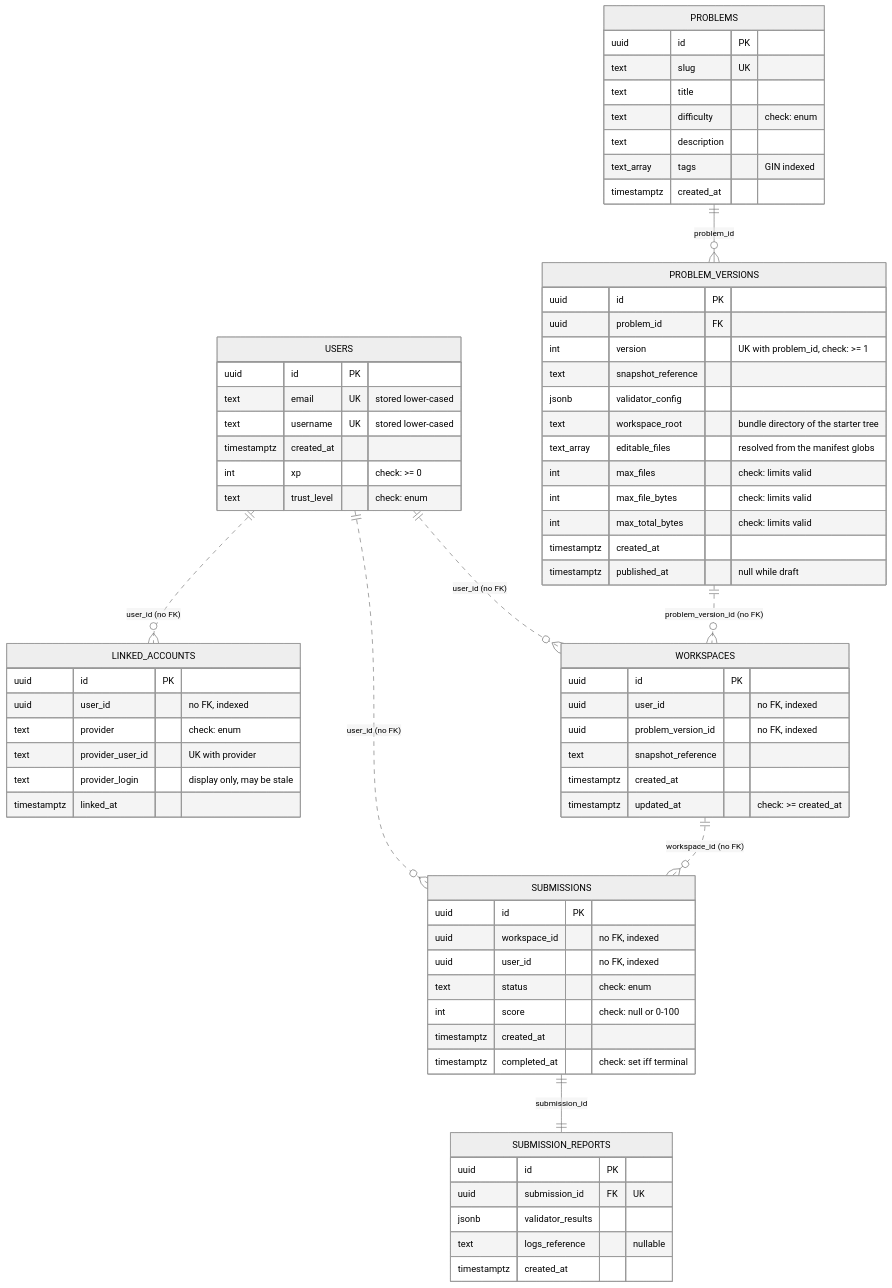
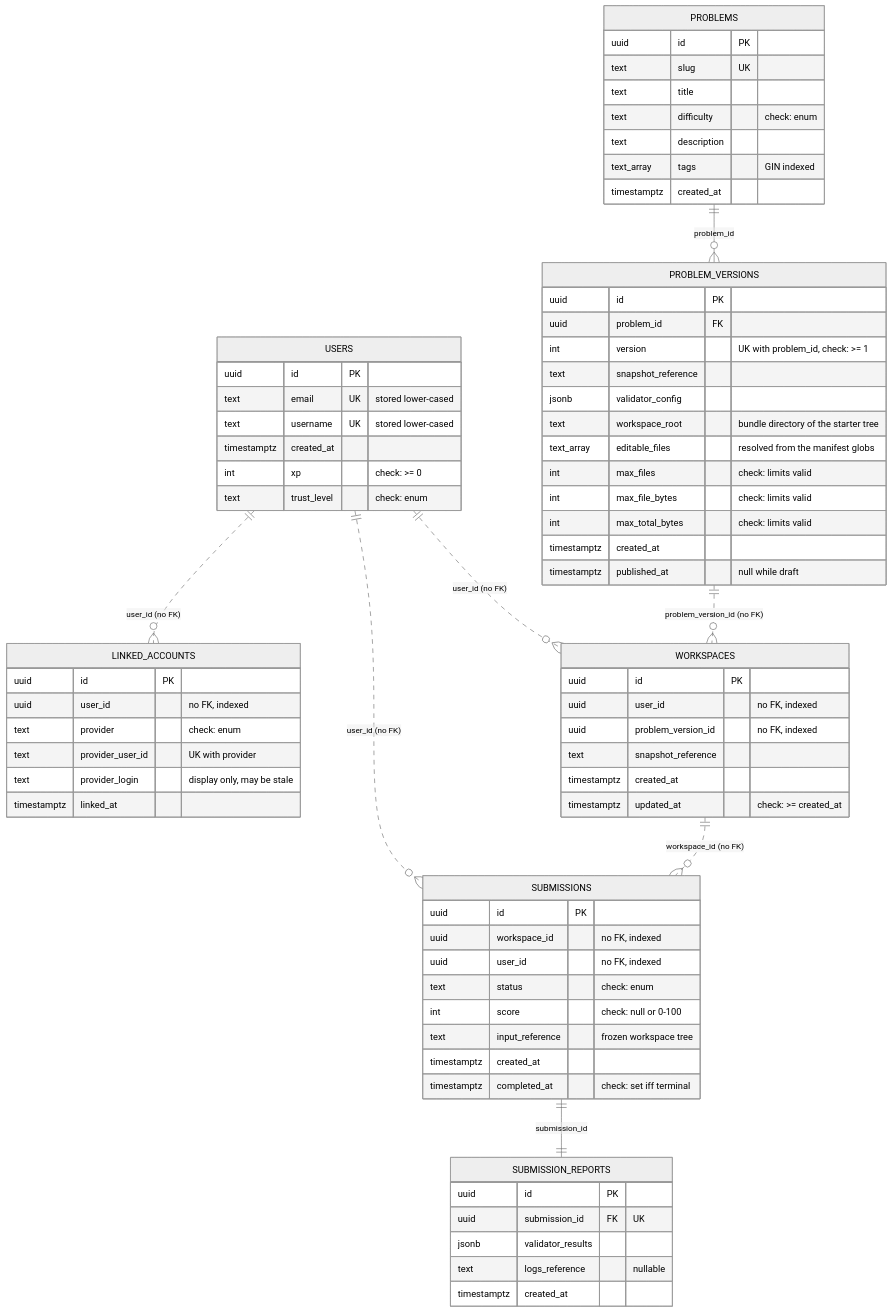
One commit to shoraLBRT/ritocode changed the diagram in docs/DATABASE_SCHEMA.md. Above: the diagram before and after it, drawn with Mermaid (neutral theme). The commit also changed other lines of this file and 40 other files, not shown here.

First line of the commit message:
feat: submit a workspace, freezing its tree, and read the attempt history (#14)

````diff
--- a/docs/DATABASE_SCHEMA.md
+++ b/docs/DATABASE_SCHEMA.md
@@ -24,80 +24,81 @@
 ```mermaid
 erDiagram
     USERS ||..o{ LINKED_ACCOUNTS : "user_id (no FK)"
     USERS ||..o{ WORKSPACES : "user_id (no FK)"
     USERS ||..o{ SUBMISSIONS : "user_id (no FK)"
     PROBLEMS ||--o{ PROBLEM_VERSIONS : "problem_id"
     PROBLEM_VERSIONS ||..o{ WORKSPACES : "problem_version_id (no FK)"
     WORKSPACES ||..o{ SUBMISSIONS : "workspace_id (no FK)"
     SUBMISSIONS ||--|| SUBMISSION_REPORTS : "submission_id"
 
     USERS {
         uuid id PK
         text email UK "stored lower-cased"
         text username UK "stored lower-cased"
         timestamptz created_at
         int xp "check: >= 0"
         text trust_level "check: enum"
     }
 
     LINKED_ACCOUNTS {
         uuid id PK
         uuid user_id "no FK, indexed"
         text provider "check: enum"
         text provider_user_id "UK with provider"
         text provider_login "display only, may be stale"
         timestamptz linked_at
     }
 
     PROBLEMS {
         uuid id PK
         text slug UK
         text title
         text difficulty "check: enum"
         text description
         text_array tags "GIN indexed"
         timestamptz created_at
     }
 
     PROBLEM_VERSIONS {
         uuid id PK
         uuid problem_id FK
         int version "UK with problem_id, check: >= 1"
         text snapshot_reference
         jsonb validator_config
         text workspace_root "bundle directory of the starter tree"
         text_array editable_files "resolved from the manifest globs"
         int max_files "check: limits valid"
         int max_file_bytes "check: limits valid"
         int max_total_bytes "check: limits valid"
         timestamptz created_at
         timestamptz published_at "null while draft"
     }
 
     WORKSPACES {
         uuid id PK
         uuid user_id "no FK, indexed"
         uuid problem_version_id "no FK, indexed"
         text snapshot_reference
         timestamptz created_at
         timestamptz updated_at "check: >= created_at"
     }
 
     SUBMISSIONS {
         uuid id PK
         uuid workspace_id "no FK, indexed"
         uuid user_id "no FK, indexed"
         text status "check: enum"
         int score "check: null or 0-100"
+        text input_reference "frozen workspace tree"
         timestamptz created_at
         timestamptz completed_at "check: set iff terminal"
     }
 
     SUBMISSION_REPORTS {
         uuid id PK
         uuid submission_id FK "UK"
         jsonb validator_results
         text logs_reference "nullable"
         timestamptz created_at
     }
 ```
````
